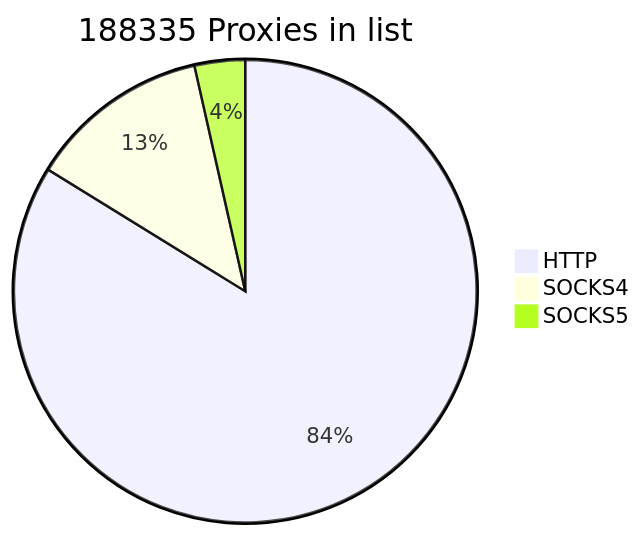
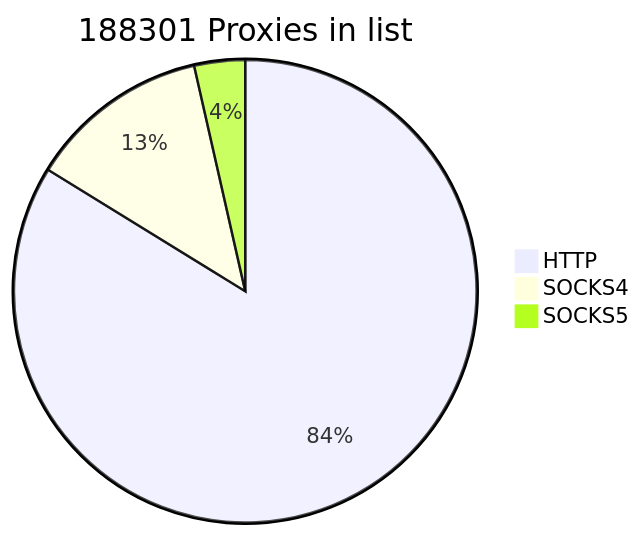
The first of 2 diagrams in README.md (cutipu/proxylist), drawn with Mermaid before and after one commit. The commit also changed other lines of this file, not shown here.

````diff
--- a/README.md
+++ b/README.md
@@ -2,7 +2,7 @@
 ```mermaid
-pie title 188335 Proxies in list
-    "HTTP" : 157822
-    "SOCKS4" : 23869
-    "SOCKS5" : 6644
+pie title 188301 Proxies in list
+    "HTTP" : 157772
+    "SOCKS4" : 23846
+    "SOCKS5" : 6683
             
 ```
````
